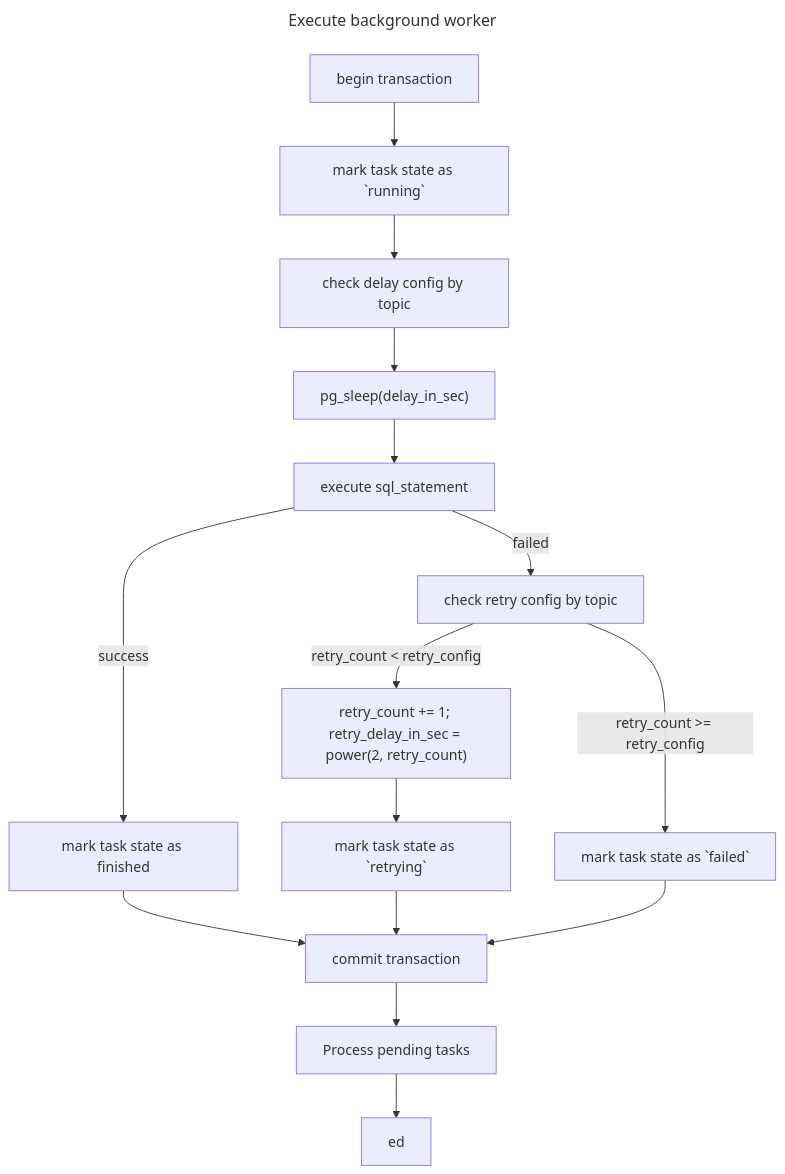
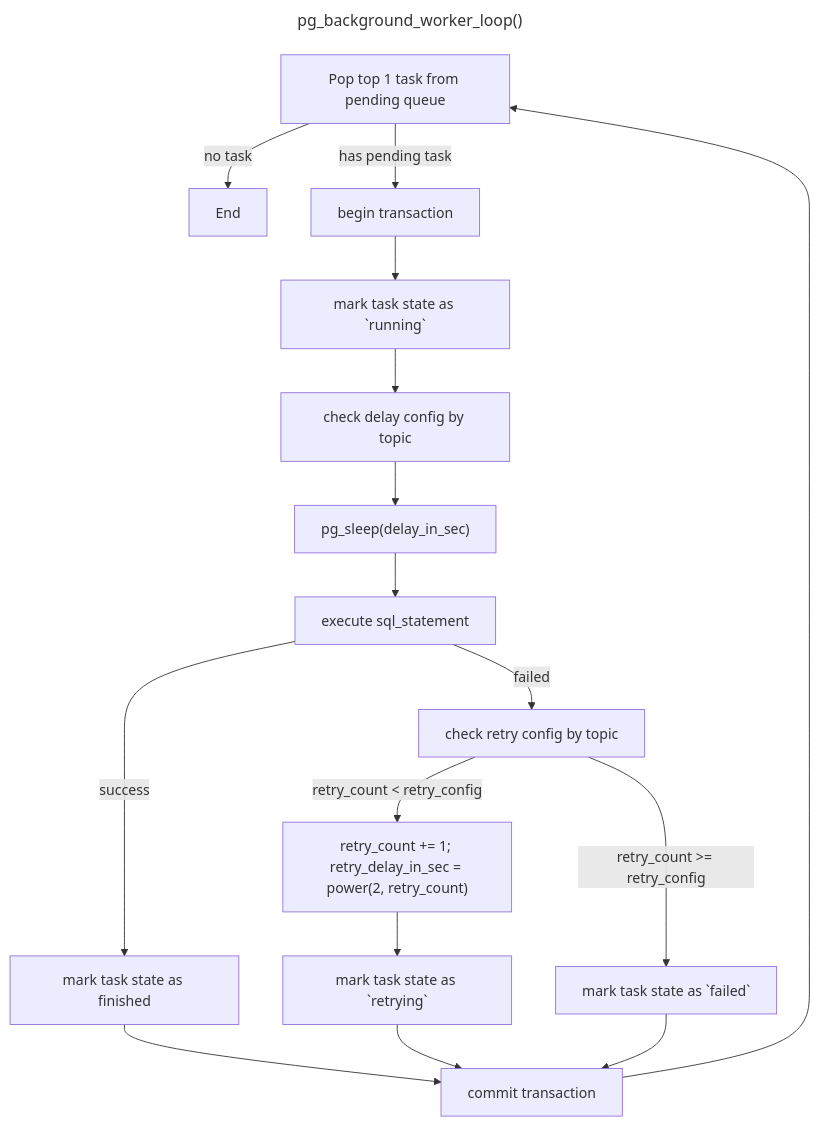
Before and after one commit to hank-cp/pg_background_queue: the third of 3 diagrams in AGENTS.md, drawn with Mermaid. The commit also changed other lines of this file and 1 other file, not shown here.

Commit message:
round 2 temp commit

````diff
--- a/AGENTS.md
+++ b/AGENTS.md
@@ -100,20 +102,21 @@
 ```mermaid
 ---
-title: Execute background worker
+title: pg_background_worker_loop()
 ---
 flowchart TB
-W0[begin transaction] --> W1[mark task state as `running`]
-W1 --> W2[check delay config by topic]
+W11["Pop top 1 task from pending queue"] -- no task --> ed["End"]
+W11 -- has pending task --> W0["begin transaction"]
+W1["mark task state as `running`"] --> W2["check delay config by topic"]
 W2 --> W3["pg_sleep(delay_in_sec)"]
-W3 --> W4[execute sql_statement]
-W4 --success--> W5[mark task state as finished] 
-W5 --> W10[commit transaction]
-W4 --failed--> W6[check retry config by topic]
-W6 --retry_count < retry_config--> W7["retry_count += 1; retry_delay_in_sec = power(2, retry_count)"]
-W7 --> W8[mark task state as `retrying`]
+W3 --> W4["execute sql_statement"]
+W4 -- success --> W5["mark task state as finished"]
+W5 --> W10["commit transaction"]
+W4 -- failed --> W6["check retry config by topic"]
+W6 -- retry_count &lt; retry_config --> W7["retry_count += 1; retry_delay_in_sec = power(2, retry_count)"]
+W7 --> W8["mark task state as `retrying`"]
 W8 --> W10
-W6 --retry_count >= retry_config--> W9[mark task state as `failed`]
+W6 -- "retry_count >= retry_config" --> W9["mark task state as `failed`"]
 W9 --> W10
-W10 --> S[Process pending tasks]
-S[Process pending tasks] --> ed
+W0 --> W1
+W10 --> W11
 ```
````
